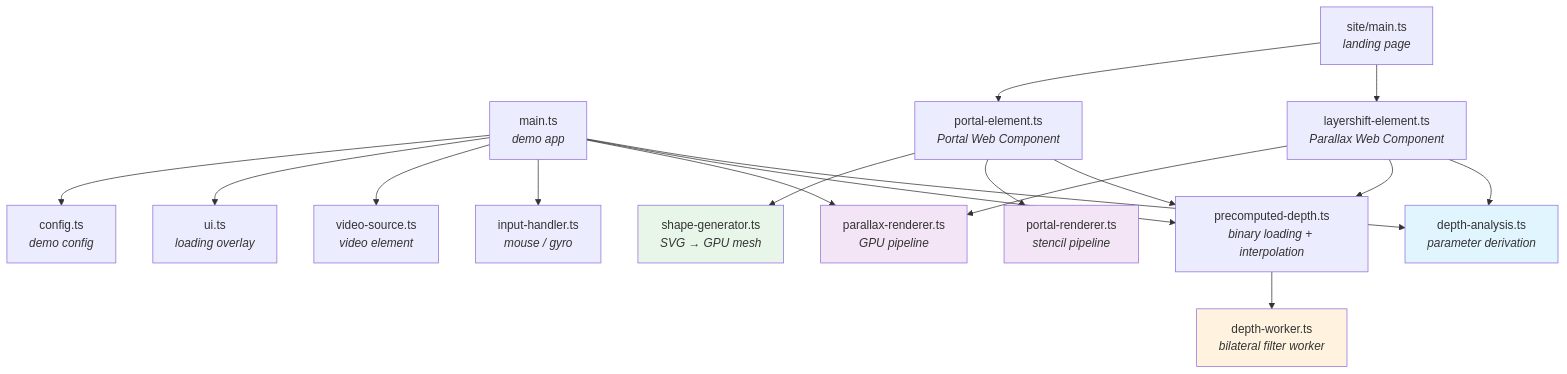
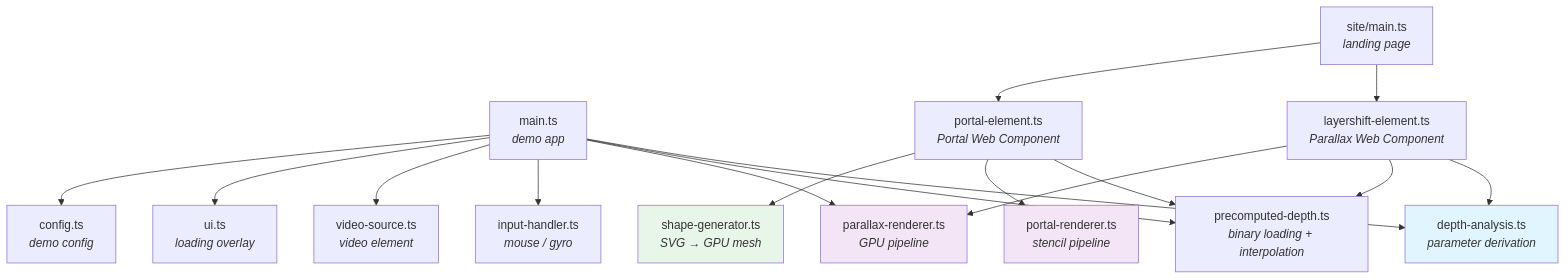
One commit to jeremysykes/layershift changed the second of 2 diagrams in docs/diagrams/system-architecture.md. Above: the diagram before and after it, drawn with Mermaid. The commit also changed other lines of this file and 19 other files, not shown here.

First line of the commit message:
perf: move bilateral filter from CPU Web Worker to GPU shader pass

````diff
--- a/docs/diagrams/system-architecture.md
+++ b/docs/diagrams/system-architecture.md
@@ -51,45 +51,41 @@
 ```mermaid
 graph TD
     MAIN["main.ts<br/><i>demo app</i>"]
     SITE["site/main.ts<br/><i>landing page</i>"]
     ELEMENT["layershift-element.ts<br/><i>Parallax Web Component</i>"]
     PORTAL_EL["portal-element.ts<br/><i>Portal Web Component</i>"]
 
     DA["depth-analysis.ts<br/><i>parameter derivation</i>"]
     PD["precomputed-depth.ts<br/><i>binary loading + interpolation</i>"]
     PR["parallax-renderer.ts<br/><i>GPU pipeline</i>"]
     PTR["portal-renderer.ts<br/><i>stencil pipeline</i>"]
     SG["shape-generator.ts<br/><i>SVG → GPU mesh</i>"]
-    DW["depth-worker.ts<br/><i>bilateral filter worker</i>"]
     IH["input-handler.ts<br/><i>mouse / gyro</i>"]
     VS["video-source.ts<br/><i>video element</i>"]
     UI["ui.ts<br/><i>loading overlay</i>"]
     CFG["config.ts<br/><i>demo config</i>"]
 
     MAIN --> DA
     MAIN --> PD
     MAIN --> PR
     MAIN --> IH
     MAIN --> VS
     MAIN --> UI
     MAIN --> CFG
 
     ELEMENT --> DA
     ELEMENT --> PD
     ELEMENT --> PR
 
     PORTAL_EL --> PD
     PORTAL_EL --> PTR
     PORTAL_EL --> SG
 
-    PD --> DW
-
     SITE --> ELEMENT
     SITE --> PORTAL_EL
 
     style DA fill:#e1f5fe
-    style DW fill:#fff3e0
     style PR fill:#f3e5f5
     style PTR fill:#f3e5f5
     style SG fill:#e8f5e9
 ```
````
